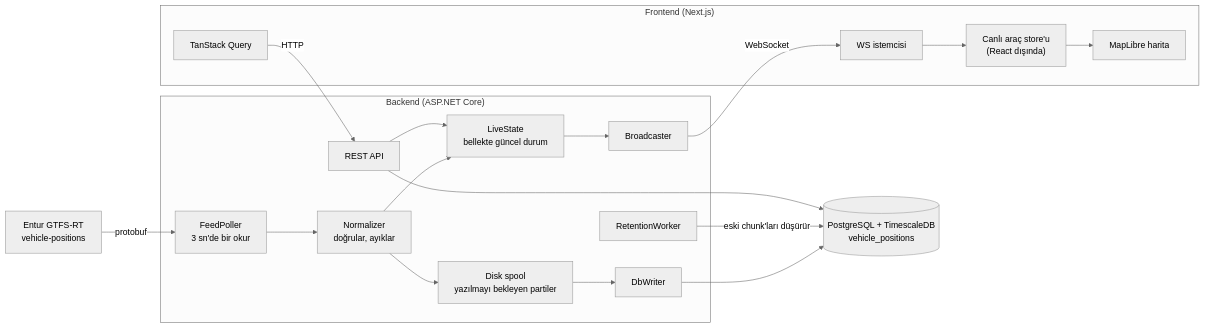
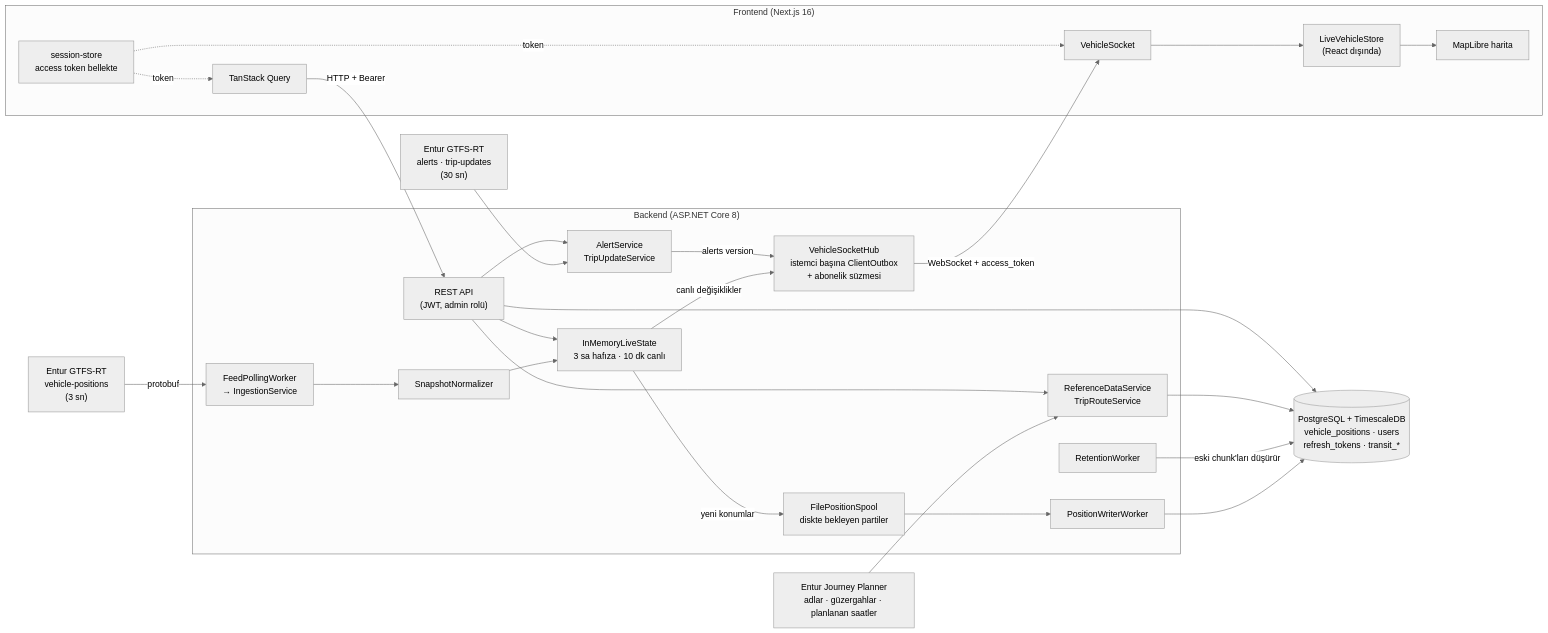
The first of 10 diagrams in docs/architecture.md (blisahn/piton-live-vehicle-tracking), drawn with Mermaid (neutral theme) before and after one commit. The commit also changed other lines of this file and 1 other file, not shown here.

First line of the commit message:
docs: bring the architecture flows up to date

````diff
--- a/docs/architecture.md
+++ b/docs/architecture.md
@@ -12,33 +13,41 @@
 ```mermaid
 flowchart LR
-    Entur["Entur GTFS-RT<br/>vehicle-positions"]
+    EnturVP["Entur GTFS-RT<br/>vehicle-positions<br/>(3 sn)"]
+    EnturX["Entur GTFS-RT<br/>alerts · trip-updates<br/>(30 sn)"]
+    JP["Entur Journey Planner<br/>adlar · güzergahlar · planlanan saatler"]
 
-    subgraph Backend["Backend (ASP.NET Core)"]
-        Poller["FeedPoller<br/>3 sn'de bir okur"]
-        Normalizer["Normalizer<br/>doğrular, ayıklar"]
-        Live["LiveState<br/>bellekte güncel durum"]
-        Spool["Disk spool<br/>yazılmayı bekleyen partiler"]
-        Writer["DbWriter"]
-        Retention["RetentionWorker"]
-        Broadcaster["Broadcaster"]
-        Rest["REST API"]
+    subgraph Backend["Backend (ASP.NET Core 8)"]
+        Poll["FeedPollingWorker<br/>→ IngestionService"]
+        Norm["SnapshotNormalizer"]
+        Live["InMemoryLiveState<br/>3 sa hafıza · 10 dk canlı"]
+        Spool["FilePositionSpool<br/>diskte bekleyen partiler"]
+        Writer["PositionWriterWorker"]
+        Ret["RetentionWorker"]
+        Hub["VehicleSocketHub<br/>istemci başına ClientOutbox<br/>+ abonelik süzmesi"]
+        Side["AlertService<br/>TripUpdateService"]
+        Ref["ReferenceDataService<br/>TripRouteService"]
+        Rest["REST API<br/>(JWT, admin rolü)"]
     end
 
-    DB[("PostgreSQL + TimescaleDB<br/>vehicle_positions")]
+    DB[("PostgreSQL + TimescaleDB<br/>vehicle_positions · users<br/>refresh_tokens · transit_*")]
 
-    subgraph Frontend["Frontend (Next.js)"]
-        WsClient["WS istemcisi"]
-        Store["Canlı araç store'u<br/>(React dışında)"]
+    subgraph Frontend["Frontend (Next.js 16)"]
+        Sock["VehicleSocket"]
+        Store["LiveVehicleStore<br/>(React dışında)"]
         Map["MapLibre harita"]
         Query["TanStack Query"]
+        Session["session-store<br/>access token bellekte"]
     end
 
-    Entur -->|protobuf| Poller --> Normalizer
-    Normalizer --> Live --> Broadcaster
-    Normalizer --> Spool --> Writer --> DB
-    Retention -->|eski chunk'ları düşürür| DB
-    Broadcaster -->|WebSocket| WsClient --> Store --> Map
-    Rest --> DB
-    Rest --> Live
-    Query -->|HTTP| Rest
+    EnturVP -->|protobuf| Poll --> Norm --> Live
+    Live -->|yeni konumlar| Spool --> Writer --> DB
+    Live -->|"canlı değişiklikler"| Hub
+    Ret -->|eski chunk'ları düşürür| DB
+    EnturX --> Side
+    Side -->|"alerts version"| Hub
+    JP --> Ref --> DB
+    Rest --> Live & Side & Ref & DB
+    Hub -->|"WebSocket + access_token"| Sock --> Store --> Map
+    Query -->|"HTTP + Bearer"| Rest
+    Session -.token.-> Sock & Query
 ```
````
